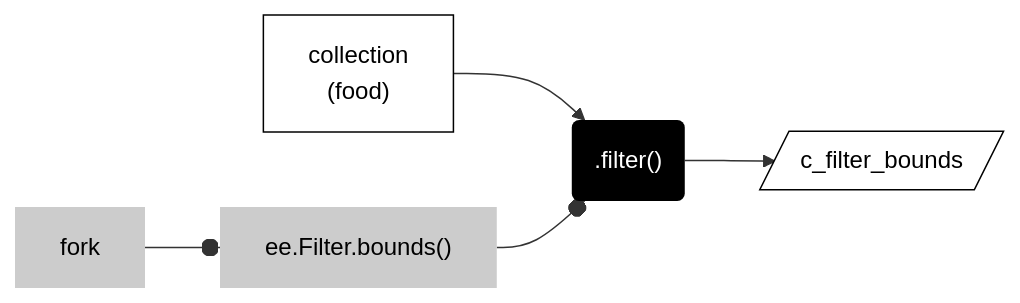
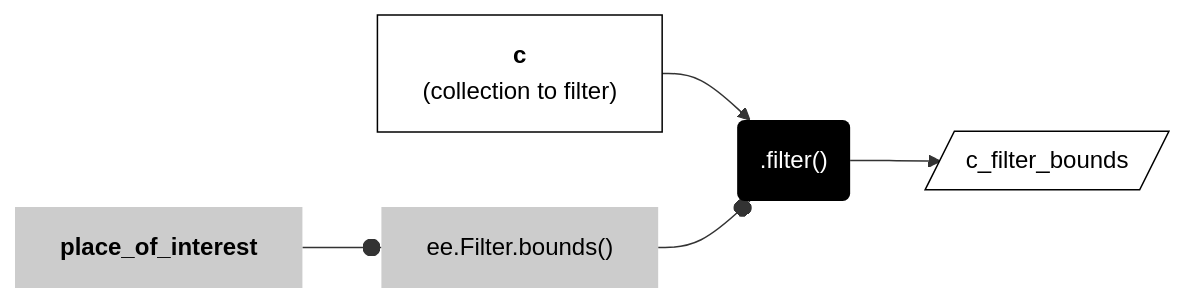
The second of 2 diagrams in src/methods/filter-collections.md (jeffhowarth/ee-edu), drawn with Mermaid before and after one commit. The commit also changed other lines of this file and 3 other files, not shown here.

````diff
--- a/src/methods/filter-collections.md
+++ b/src/methods/filter-collections.md
@@ -49,28 +55,28 @@
 ``` mermaid
 graph LR
 
-  input["collection<br>(food)"] ;
+  input["<b>c</b><br>(collection to filter)"] ;
   method(".filter()") ;
   output[/"c_filter_bounds"/]  ;
 
   input --> method --> output
   
   arg["ee.Filter.bounds()"] ;
   
   arg --o method
 
-  arg2["fork"] ;
+  arg2["<b>place_of_interest</b>"] ;
 
   arg2 --o arg
 
   classDef in-out fill:#FFFFFF,stroke-width:1px,stroke: #000000, color:#000000; 
   classDef op fill:#000000,stroke-width:0px,color:#FFFFFF;
   classDef arg fill:#CCCCCC,stroke-width:0px,color:#000000;
   
 
   class input in-out; 
   class method op;
   class output in-out;
   class arg arg; 
   class arg2 arg;
 ```
````
